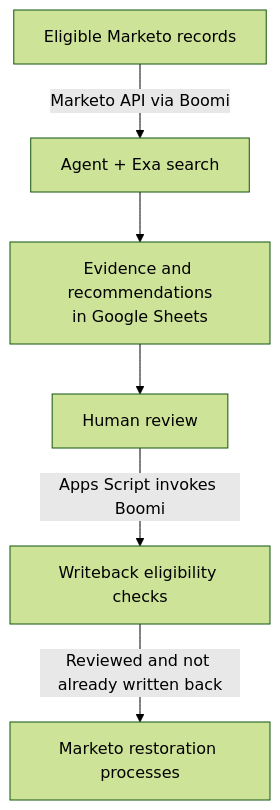
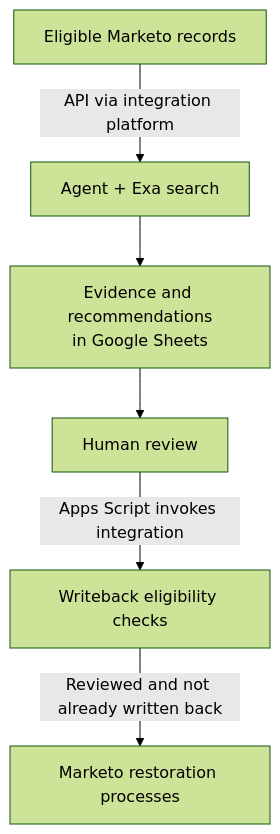
Before and after one commit to GregTrav/gtm-systems-portfolio: the diagram in marketo-dq/README.md, drawn with Mermaid (forest theme). The commit also changed other lines of this file and 5 other files, not shown here.

````diff
--- a/marketo-dq/README.md
+++ b/marketo-dq/README.md
@@ -23,8 +23,8 @@
 ```mermaid
 flowchart TD
-    A[Eligible Marketo records] -->|Marketo API via Boomi| B[Agent + Exa search]
+    A[Eligible Marketo records] -->|API via integration platform| B[Agent + Exa search]
     B --> C[Evidence and recommendations<br/>in Google Sheets]
     C --> D[Human review]
-    D -->|Apps Script invokes Boomi| E[Writeback eligibility checks]
+    D -->|Apps Script invokes integration| E[Writeback eligibility checks]
     E -->|Reviewed and not already written back| F[Marketo restoration processes]
 ```
````
